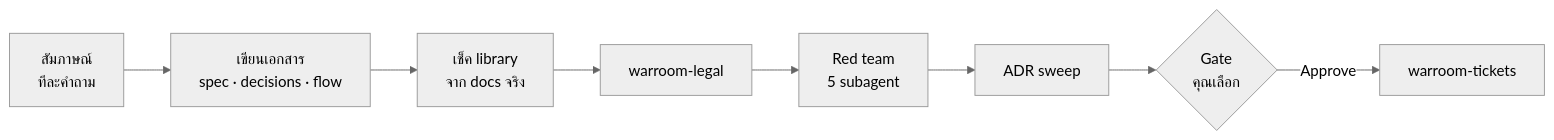
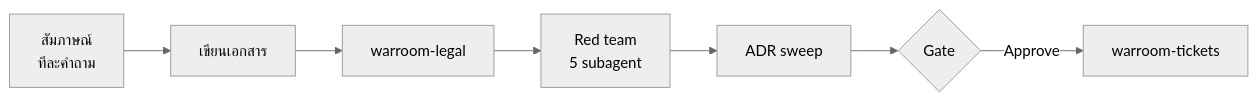
Before and after one commit to mousemouse094526/kiki-kit: the third of 8 diagrams in docs/flow.th.md, drawn with Mermaid (neutral theme). The commit also changed other lines of this file and 4 other files, not shown here.

First line of the commit message:
docs(flow): rewrite for the single upstream gate; trim build references

````diff
--- a/docs/flow.th.md
+++ b/docs/flow.th.md
@@ -82,14 +69,13 @@
 ```mermaid
 flowchart LR
     I["สัมภาษณ์<br/>ทีละคำถาม"]
-    DOC["เขียนเอกสาร<br/>spec · decisions · flow"]
-    LIB["เช็ค library<br/>จาก docs จริง"]
+    DOC["เขียนเอกสาร"]
     LG["warroom-legal"]
     RT["Red team<br/>5 subagent"]
     S["ADR sweep"]
-    G{"Gate<br/>คุณเลือก"}
+    G{"Gate"}
     TK["warroom-tickets"]
 
-    I --> DOC --> LIB --> LG --> RT --> S --> G
+    I --> DOC --> LG --> RT --> S --> G
     G -->|Approve| TK
 ```
````
